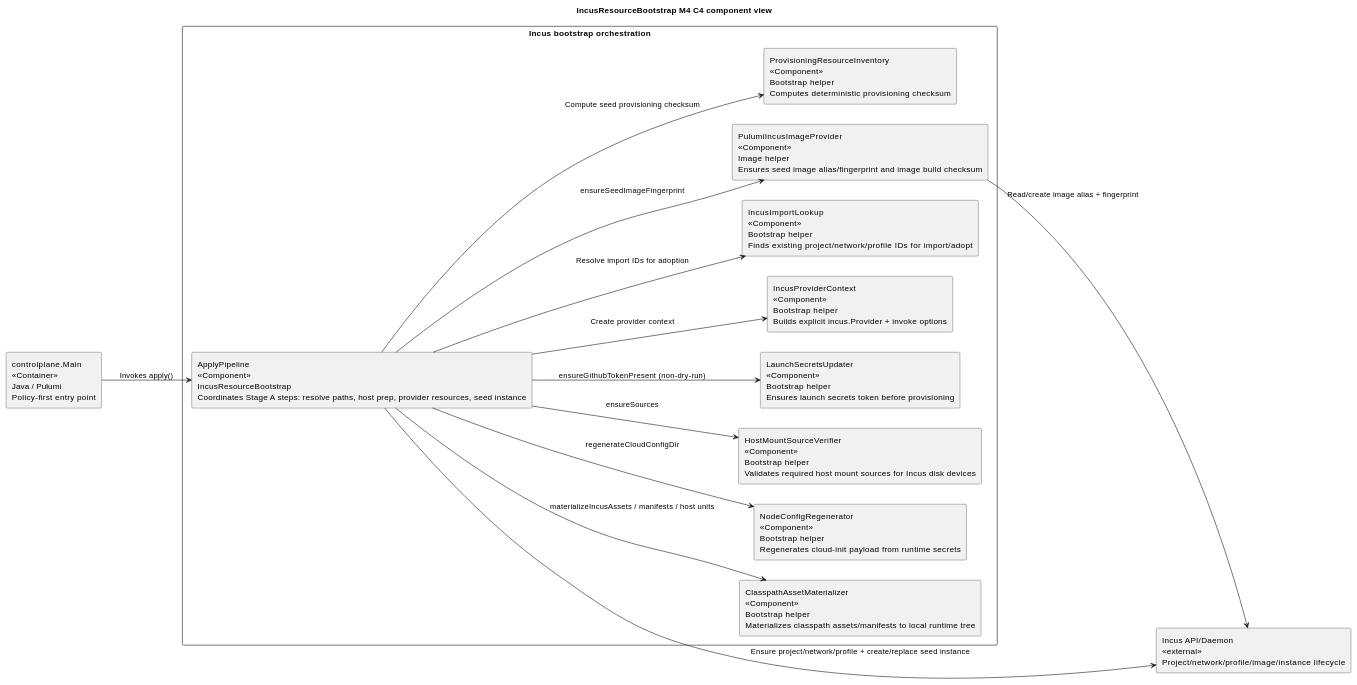
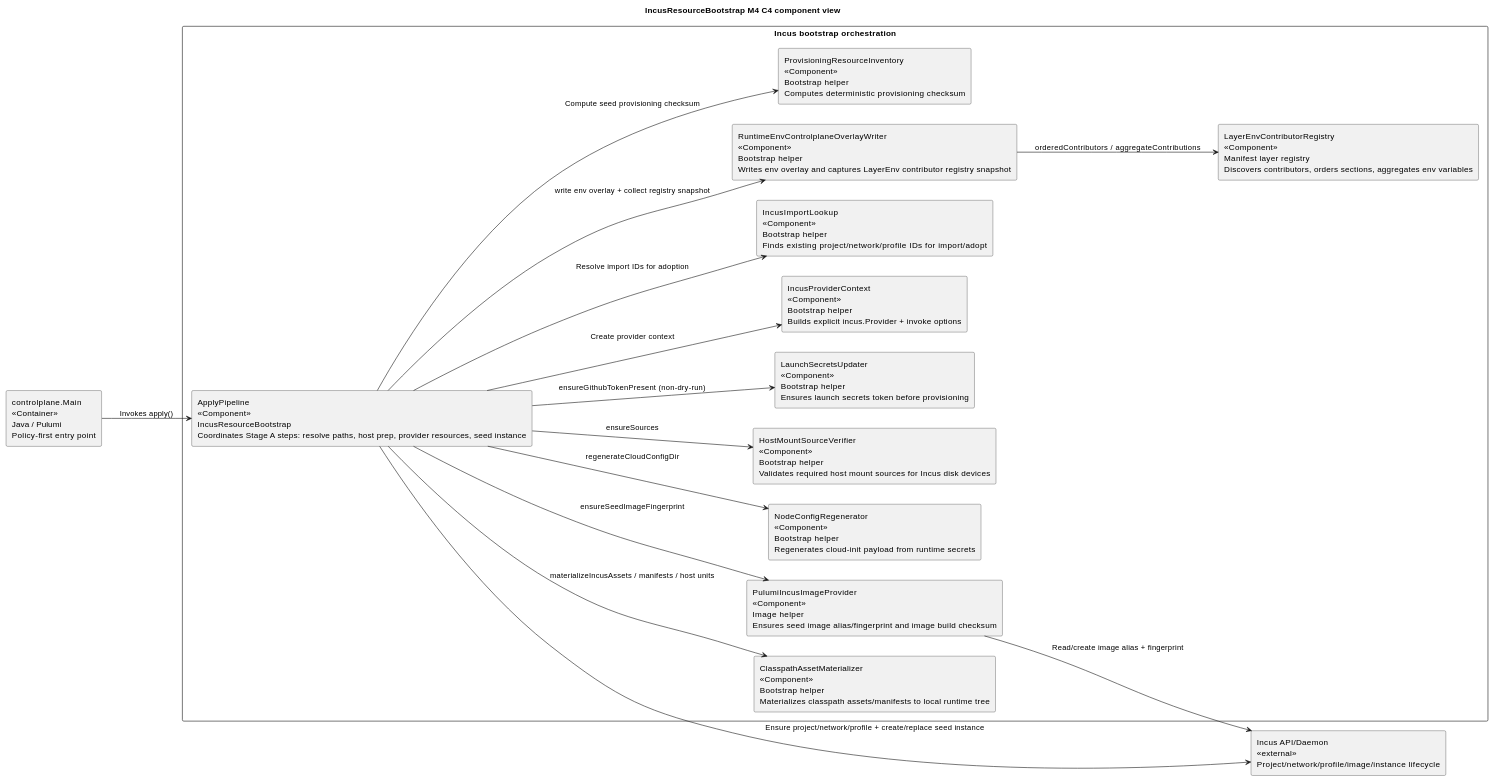
One commit to nxmatic/rke2lab changed the second of 2 diagrams in docs/rke2lab-authored-notes-import.adoc. Above: the diagram before and after it, drawn with PlantUML. The commit also changed other lines of this file and 8 other files, not shown here.

```diff
--- a/docs/rke2lab-authored-notes-import.adoc
+++ b/docs/rke2lab-authored-notes-import.adoc
@@ -181,40 +191,44 @@
 [plantuml,incus-bootstrap-m4-components,svg]
 ----
 @startuml
 title IncusResourceBootstrap M4 C4 component view
 
 left to right direction
 skinparam shadowing false
 skinparam packageStyle rectangle
 
 rectangle "controlplane.Main\n<<Container>>\nJava / Pulumi\nPolicy-first entry point" as cpMain
 rectangle "Incus API/Daemon\n<<external>>\nProject/network/profile/image/instance lifecycle" as incusApi
 
 package "Incus bootstrap orchestration" {
   rectangle "ApplyPipeline\n<<Component>>\nIncusResourceBootstrap\nCoordinates Stage A steps: resolve paths, host prep, provider resources, seed instance" as applyPipeline
   rectangle "ClasspathAssetMaterializer\n<<Component>>\nBootstrap helper\nMaterializes classpath assets/manifests to local runtime tree" as assetMaterializer
+  rectangle "RuntimeEnvControlplaneOverlayWriter\n<<Component>>\nBootstrap helper\nWrites env overlay and captures LayerEnv contributor registry snapshot" as overlayWriter
   rectangle "NodeConfigRegenerator\n<<Component>>\nBootstrap helper\nRegenerates cloud-init payload from runtime secrets" as nodeConfigRegenerator
   rectangle "HostMountSourceVerifier\n<<Component>>\nBootstrap helper\nValidates required host mount sources for Incus disk devices" as sourceVerifier
   rectangle "LaunchSecretsUpdater\n<<Component>>\nBootstrap helper\nEnsures launch secrets token before provisioning" as secretsUpdater
   rectangle "IncusProviderContext\n<<Component>>\nBootstrap helper\nBuilds explicit incus.Provider + invoke options" as providerContext
   rectangle "IncusImportLookup\n<<Component>>\nBootstrap helper\nFinds existing project/network/profile IDs for import/adopt" as importLookup
   rectangle "PulumiIncusImageProvider\n<<Component>>\nImage helper\nEnsures seed image alias/fingerprint and image build checksum" as imageProvider
   rectangle "ProvisioningResourceInventory\n<<Component>>\nBootstrap helper\nComputes deterministic provisioning checksum" as inventoryChecksum
+  rectangle "LayerEnvContributorRegistry\n<<Component>>\nManifest layer registry\nDiscovers contributors, orders sections, aggregates env variables" as layerEnvRegistry
 }
 
 cpMain --> applyPipeline : Invokes apply()
 
 applyPipeline --> assetMaterializer : materializeIncusAssets / manifests / host units
+applyPipeline --> overlayWriter : write env overlay + collect registry snapshot
 applyPipeline --> nodeConfigRegenerator : regenerateCloudConfigDir
 applyPipeline --> sourceVerifier : ensureSources
 applyPipeline --> secretsUpdater : ensureGithubTokenPresent (non-dry-run)
 applyPipeline --> inventoryChecksum : Compute seed provisioning checksum
+overlayWriter --> layerEnvRegistry : orderedContributors / aggregateContributions
 
 applyPipeline --> providerContext : Create provider context
 applyPipeline --> importLookup : Resolve import IDs for adoption
 applyPipeline --> imageProvider : ensureSeedImageFingerprint
 
 imageProvider --> incusApi : Read/create image alias + fingerprint
 applyPipeline --> incusApi : Ensure project/network/profile + create/replace seed instance
 @enduml
 ----
```
